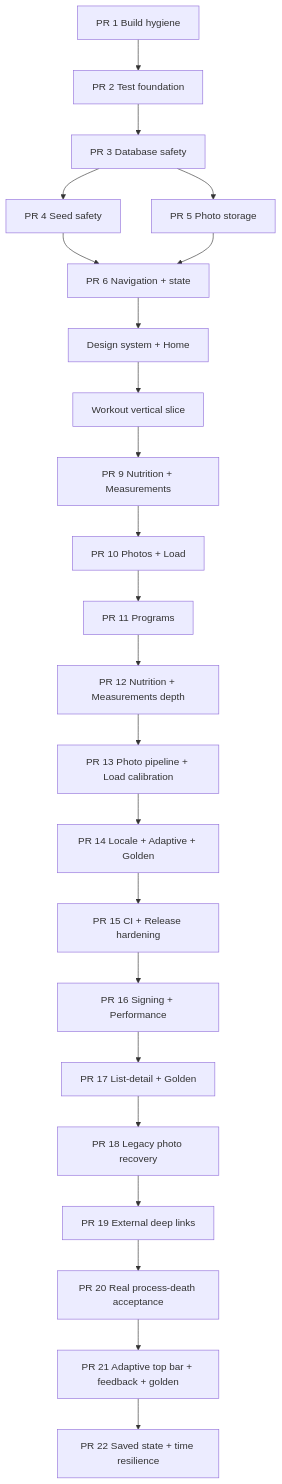
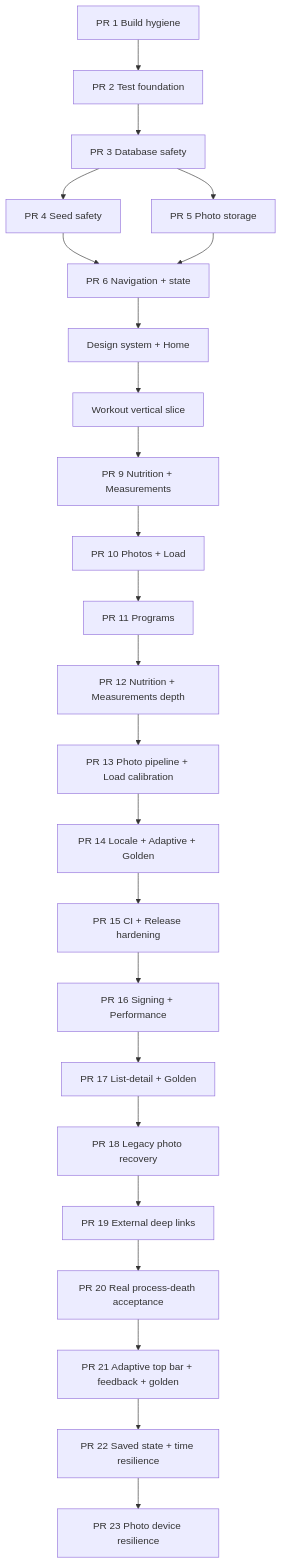
Before and after one commit to MehmetKucukOfficial/GymTracker: the diagram in docs/obsidian/roadmap/ROADMAP_EXECUTION_GRAPH.md, drawn with Mermaid. The commit also changed other lines of this file and 9 other files, not shown here.

Commit message:
docs: map photo device resilience

````diff
--- a/docs/obsidian/roadmap/ROADMAP_EXECUTION_GRAPH.md
+++ b/docs/obsidian/roadmap/ROADMAP_EXECUTION_GRAPH.md
@@ -14,25 +14,26 @@
 ```mermaid
 flowchart TD
     PR1[PR 1 Build hygiene] --> PR2[PR 2 Test foundation]
     PR2 --> PR3[PR 3 Database safety]
     PR3 --> PR4[PR 4 Seed safety]
     PR3 --> PR5[PR 5 Photo storage]
     PR4 --> PR6[PR 6 Navigation + state]
     PR5 --> PR6
     PR6 --> UI[Design system + Home]
     UI --> WO[Workout vertical slice]
     WO --> N[PR 9 Nutrition + Measurements]
     N --> P[PR 10 Photos + Load]
     P --> PG[PR 11 Programs]
     PG --> ND[PR 12 Nutrition + Measurements depth]
     ND --> PC[PR 13 Photo pipeline + Load calibration]
     PC --> AL[PR 14 Locale + Adaptive + Golden]
     AL --> B[PR 15 CI + Release hardening]
     B --> RP[PR 16 Signing + Performance]
     RP --> LG[PR 17 List-detail + Golden]
     LG --> LR[PR 18 Legacy photo recovery]
     LR --> DL[PR 19 External deep links]
     DL --> PD[PR 20 Real process-death acceptance]
     PD --> AF[PR 21 Adaptive top bar + feedback + golden]
     AF --> ST[PR 22 Saved state + time resilience]
+    ST --> PH[PR 23 Photo device resilience]
 ```
````
